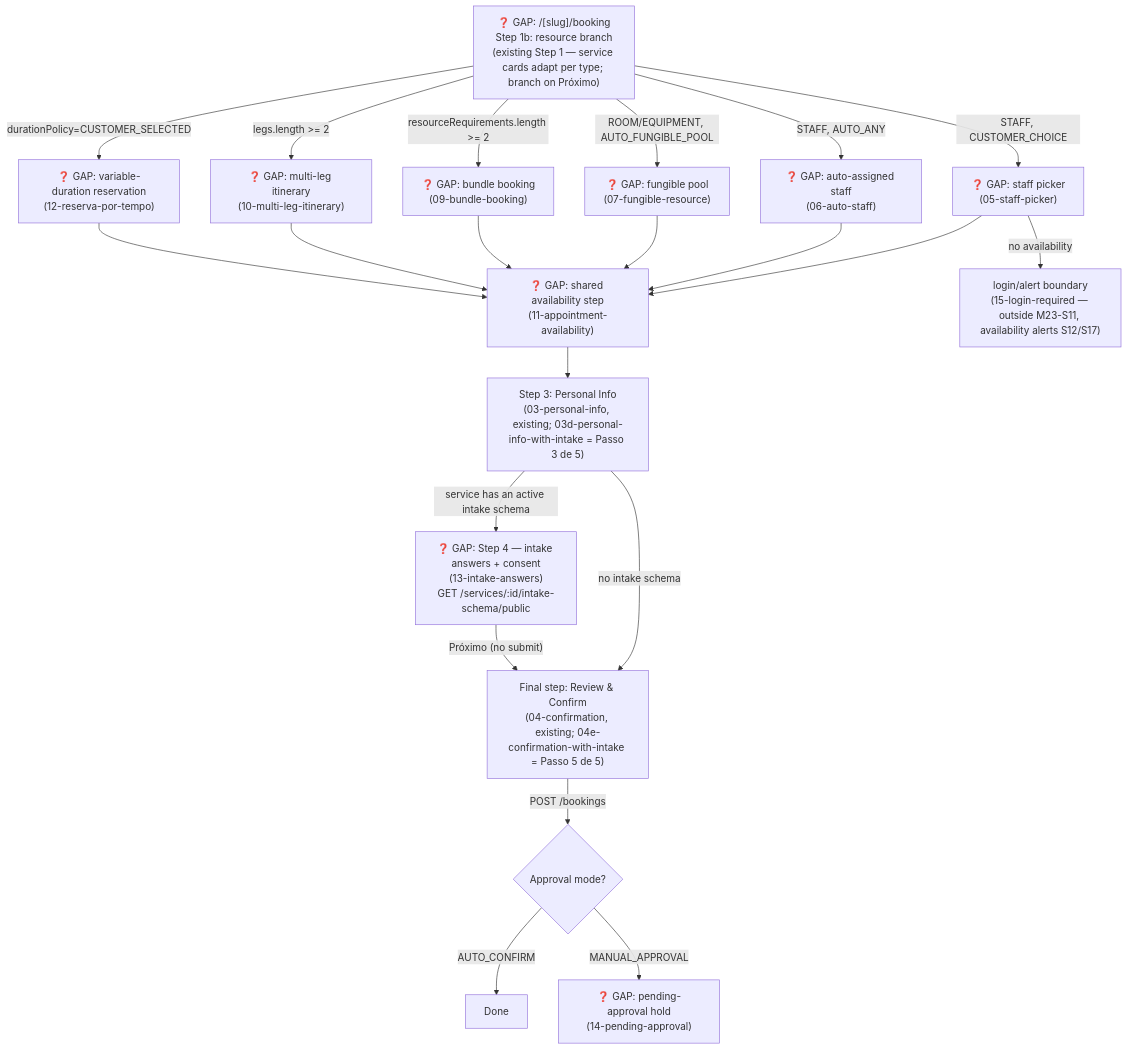
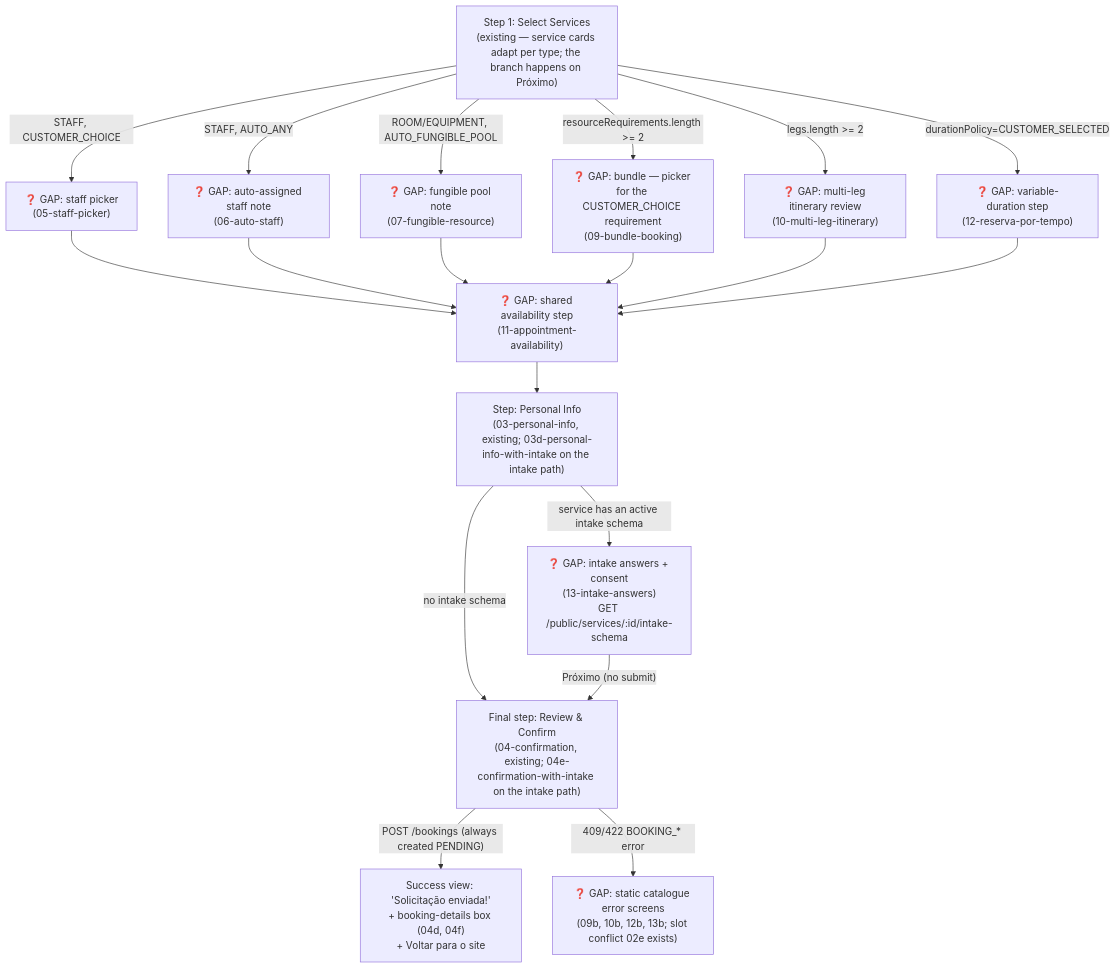
The second of 2 diagrams in plan/journey/guest/book-a-service.md (lmmoreira/ikaro), drawn with Mermaid before and after one commit. The commit also changed other lines of this file and 24 other files, not shown here.

First line of the commit message:
docs(plan): rework M23-S29/S11 after code review, add M24-S20, simplify success view with details box, drop screens 08/14/16

````diff
--- a/plan/journey/guest/book-a-service.md
+++ b/plan/journey/guest/book-a-service.md
@@ -57,28 +57,25 @@
 ```mermaid
 flowchart TD
     classDef gap stroke:#f00,stroke-dasharray: 5 5,fill:#fee
 
-    S1b["❓ GAP: /[slug]/booking<br/>Step 1b: resource branch<br/>(existing Step 1 — service cards adapt per type; branch on Próximo)"] -->|"STAFF, CUSTOMER_CHOICE"| StaffPicker["❓ GAP: staff picker<br/>(05-staff-picker)"]
-    S1b -->|"STAFF, AUTO_ANY"| AutoStaff["❓ GAP: auto-assigned staff<br/>(06-auto-staff)"]
-    S1b -->|"ROOM/EQUIPMENT, AUTO_FUNGIBLE_POOL"| Fungible["❓ GAP: fungible pool<br/>(07-fungible-resource)"]
-    S1b -->|"resourceRequirements.length >= 2"| Bundle["❓ GAP: bundle booking<br/>(09-bundle-booking)"]
-    S1b -->|"legs.length >= 2"| MultiLeg["❓ GAP: multi-leg itinerary<br/>(10-multi-leg-itinerary)"]
-    S1b -->|"durationPolicy=CUSTOMER_SELECTED"| VarDuration["❓ GAP: variable-duration reservation<br/>(12-reserva-por-tempo)"]
+    S1b["Step 1: Select Services<br/>(existing — service cards adapt per type; the branch happens on Próximo)"] -->|"STAFF, CUSTOMER_CHOICE"| StaffPicker["❓ GAP: staff picker<br/>(05-staff-picker)"]
+    S1b -->|"STAFF, AUTO_ANY"| AutoStaff["❓ GAP: auto-assigned staff note<br/>(06-auto-staff)"]
+    S1b -->|"ROOM/EQUIPMENT, AUTO_FUNGIBLE_POOL"| Fungible["❓ GAP: fungible pool note<br/>(07-fungible-resource)"]
+    S1b -->|"resourceRequirements.length >= 2"| Bundle["❓ GAP: bundle — picker for the CUSTOMER_CHOICE requirement<br/>(09-bundle-booking)"]
+    S1b -->|"legs.length >= 2"| MultiLeg["❓ GAP: multi-leg itinerary review<br/>(10-multi-leg-itinerary)"]
+    S1b -->|"durationPolicy=CUSTOMER_SELECTED"| VarDuration["❓ GAP: variable-duration step<br/>(12-reserva-por-tempo)"]
 
     StaffPicker --> Availability["❓ GAP: shared availability step<br/>(11-appointment-availability)"]
     AutoStaff --> Availability
     Fungible --> Availability
     Bundle --> Availability
     MultiLeg --> Availability
     VarDuration --> Availability
 
-    Availability --> S3m["Step 3: Personal Info<br/>(03-personal-info, existing; 03d-personal-info-with-intake = Passo 3 de 5)"]
-    S3m -->|"service has an active intake schema"| Intake["❓ GAP: Step 4 — intake answers + consent<br/>(13-intake-answers)<br/>GET /services/:id/intake-schema/public"]
+    Availability --> S3m["Step: Personal Info<br/>(03-personal-info, existing; 03d-personal-info-with-intake on the intake path)"]
+    S3m -->|"service has an active intake schema"| Intake["❓ GAP: intake answers + consent<br/>(13-intake-answers)<br/>GET /public/services/:id/intake-schema"]
     S3m -->|"no intake schema"| Confirm
-    Intake -->|"Próximo (no submit)"| Confirm["Final step: Review & Confirm<br/>(04-confirmation, existing; 04e-confirmation-with-intake = Passo 5 de 5)"]
-    Confirm -->|"POST /bookings"| Result{"Approval mode?"}
-    Result -->|"AUTO_CONFIRM"| Done
-    Result -->|"MANUAL_APPROVAL"| Pending["❓ GAP: pending-approval hold<br/>(14-pending-approval)"]
-
-    StaffPicker -->|"no availability"| LoginRequired["login/alert boundary<br/>(15-login-required — outside M23-S11, availability alerts S12/S17)"]
+    Intake -->|"Próximo (no submit)"| Confirm["Final step: Review & Confirm<br/>(04-confirmation, existing; 04e-confirmation-with-intake on the intake path)"]
+    Confirm -->|"POST /bookings (always created PENDING)"| Done["Success view: 'Solicitação enviada!'<br/>+ booking-details box (04d, 04f)<br/>+ Voltar para o site"]
+    Confirm -->|"409/422 BOOKING_* error"| Errors["❓ GAP: static catalogue error screens<br/>(09b, 10b, 12b, 13b; slot conflict 02e exists)"]
 ```
````
